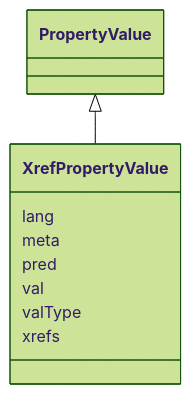
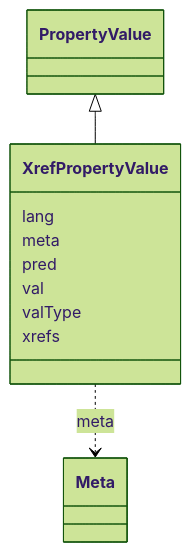
Before and after one commit to INCATools/ontology-access-kit: the diagram in obograph/XrefPropertyValue.md, drawn with Mermaid (forest theme). The commit also changed other lines of this file and 1783 other files, not shown here.

````diff
--- a/obograph/XrefPropertyValue.md
+++ b/obograph/XrefPropertyValue.md
@@ -11,13 +11,21 @@
 ```{mermaid}
  classDiagram
     class XrefPropertyValue
       PropertyValue <|-- XrefPropertyValue
       
       XrefPropertyValue : lang
+        
       XrefPropertyValue : meta
+        
+          XrefPropertyValue ..> Meta : meta
+        
       XrefPropertyValue : pred
+        
       XrefPropertyValue : val
+        
       XrefPropertyValue : valType
+        
       XrefPropertyValue : xrefs
+        
       
 ```
````
